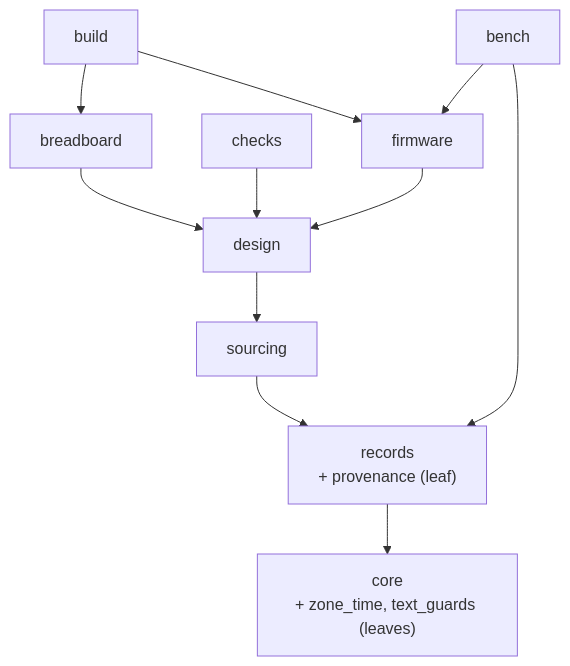
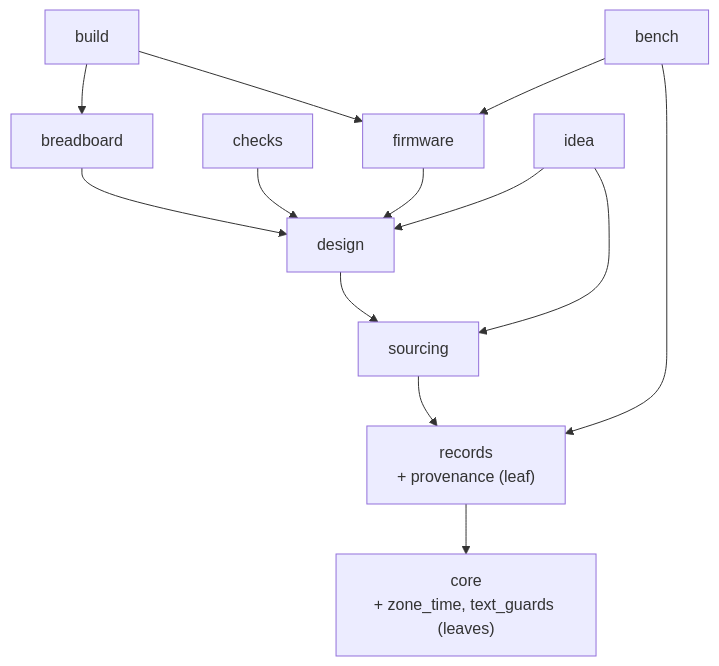
Before and after one commit to xmejkal/spark: the second of 3 diagrams in docs/discovery/2026-10-19-p323-target-architecture/architecture/README.md, drawn with Mermaid. The commit also changed other lines of this file and 1 other file, not shown here.

First line of the commit message:
P783 PR 1 step 4: the target architecture names the idea area (p710 row 20)

````diff
--- a/docs/discovery/2026-10-19-p323-target-architecture/architecture/README.md
+++ b/docs/discovery/2026-10-19-p323-target-architecture/architecture/README.md
@@ -71,13 +71,15 @@
 ```mermaid
 flowchart TB
   BUILD["build"] --> BB["breadboard"]
   BUILD --> FW["firmware"]
   BENCH["bench"] --> FW
   BB --> DES["design"]
   CHK["checks"] --> DES
   FW --> DES
   DES --> SRC["sourcing"]
+  IDEA["idea"] --> DES
+  IDEA --> SRC
   SRC --> REC["records<br/>+ provenance (leaf)"]
   BENCH --> REC
   REC --> CORE["core<br/>+ zone_time, text_guards (leaves)"]
 ```
````
